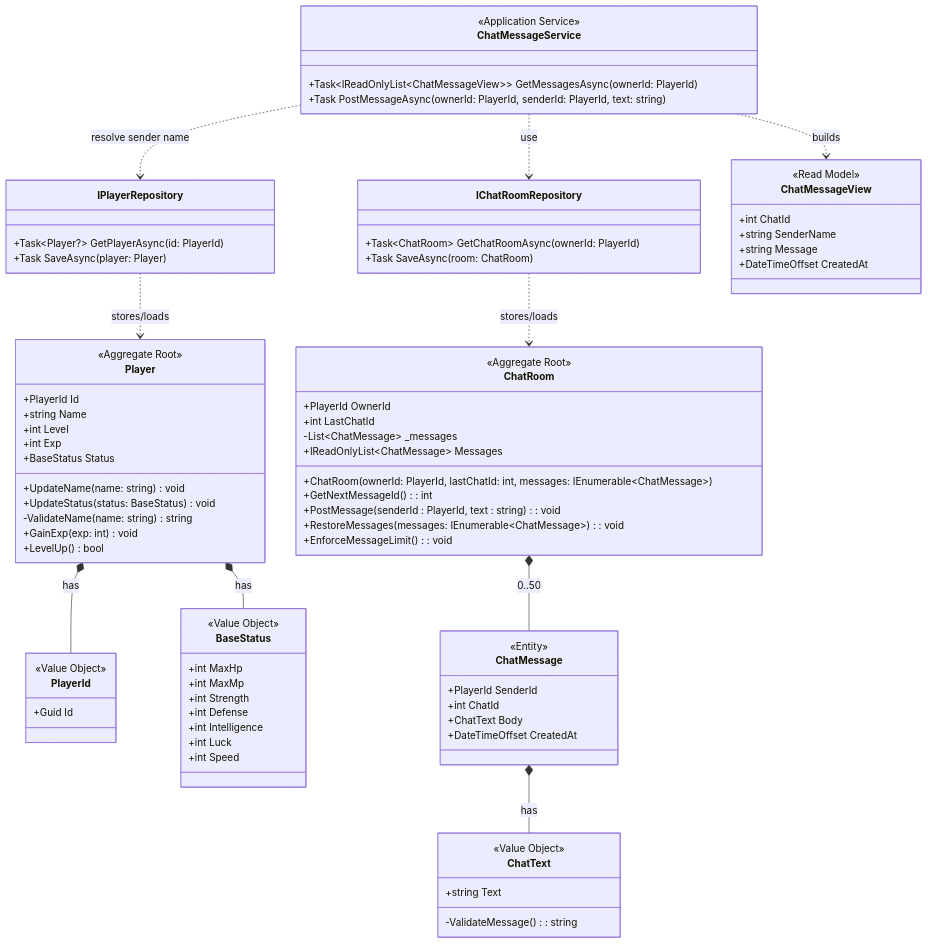
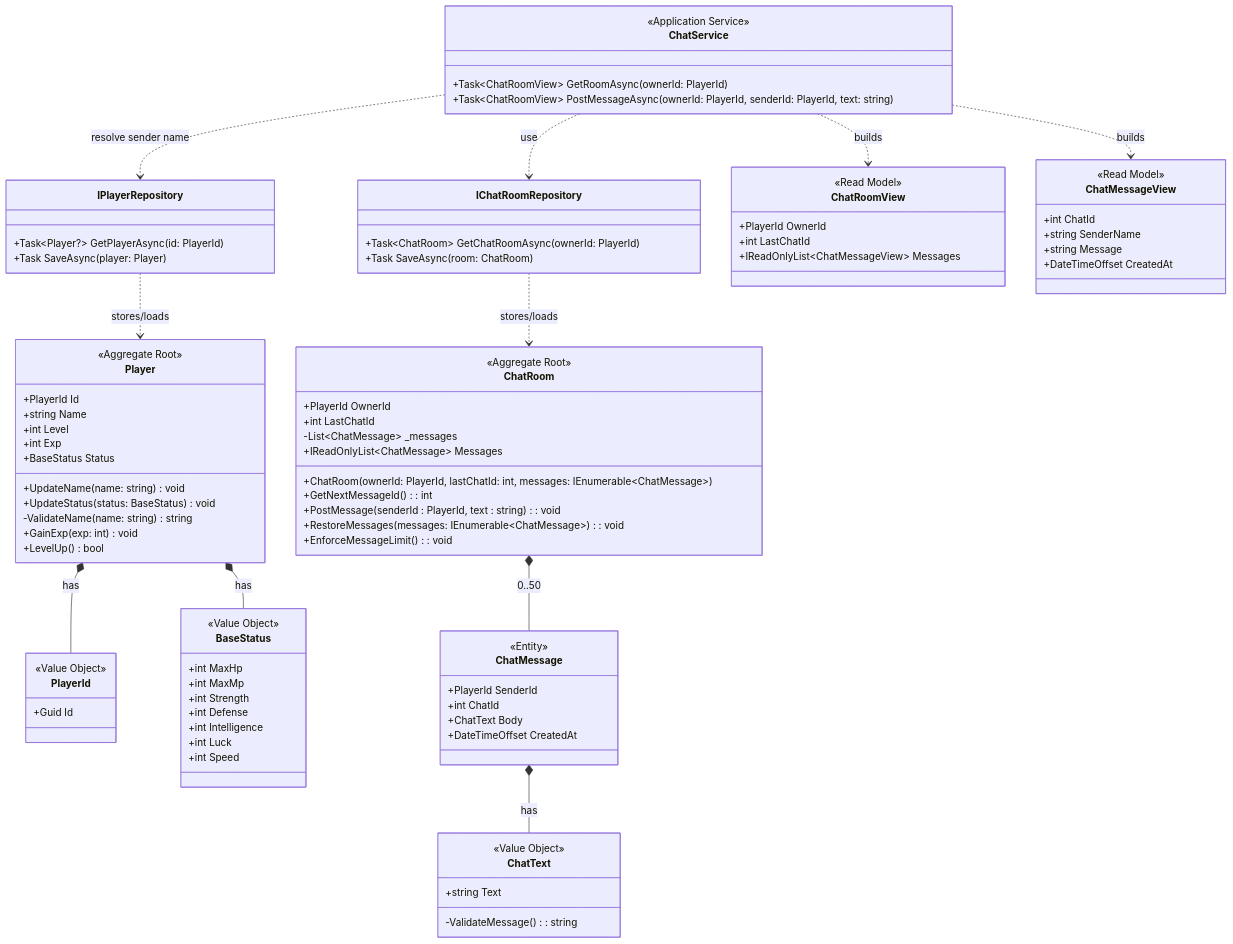
Before and after one commit to ayumu203/nisekue: the diagram in docs/01_ドメインモデル.mmd, drawn with Mermaid. The commit also changed 1 other file, not shown here.

```diff
--- a/docs/01_ドメインモデル.mmd
+++ b/docs/01_ドメインモデル.mmd
@@ -1,91 +1,103 @@
 classDiagram
     %% Player の基本情報
     class Player {
         <<Aggregate Root>>
         +PlayerId Id
         +string Name
         +int Level
         +int Exp
         +BaseStatus Status
         +UpdateName(name: string) void
         +UpdateStatus(status: BaseStatus) void
         -ValidateName(name: string) string 
         +GainExp(exp: int) void
         +LevelUp() bool
     }
 
     class PlayerId {
         <<Value Object>>
         +Guid Id
     }
 
     %% Player の基本ステータス
     class BaseStatus {
         <<Value Object>>
         +int MaxHp
         +int MaxMp
         +int Strength
         +int Defense
         +int Intelligence
         +int Luck
         +int Speed
     }
 
     class IPlayerRepository {
         +Task~Player?~ GetPlayerAsync(id: PlayerId)
         +Task SaveAsync(player: Player)
     }
     Player *-- PlayerId : has
     Player *-- BaseStatus : has
     IPlayerRepository ..> Player : stores/loads
 
     %% ルームチャット機能
     class ChatRoom {
         <<Aggregate Root>>
         +PlayerId OwnerId
         +int LastChatId
         -List~ChatMessage~ _messages
         +IReadOnlyList~ChatMessage~ Messages
         +ChatRoom(ownerId: PlayerId, lastChatId: int, messages: IEnumerable~ChatMessage~)
         +GetNextMessageId() : int
         +PostMessage(senderId : PlayerId, text : string) : void
         +RestoreMessages(messages: IEnumerable~ChatMessage~) : void
         +EnforceMessageLimit() : void
     }
     %% メッセージ管理の単位
     class ChatMessage {
         <<Entity>>
         +PlayerId SenderId
         +int ChatId
         +ChatText Body
         +DateTimeOffset CreatedAt
     }
     %% メッセージの文字列の値オブジェクト
     class ChatText {
         <<Value Object>>
         +string Text
         -ValidateMessage() : string
     }
 
+    %% チャットルームとDBのつなぎ込み
     class IChatRoomRepository {
         +Task~ChatRoom~ GetChatRoomAsync(ownerId: PlayerId)
         +Task SaveAsync(room: ChatRoom)
     }
+    %% フロントへ表示するチャットルームのデータ
+    class ChatRoomView {
+        <<Read Model>>
+        +PlayerId OwnerId
+        +int LastChatId
+        +IReadOnlyList~ChatMessageView~ Messages
+    }
+    %% フロントへ表示するチャットデータ
     class ChatMessageView {
         <<Read Model>>
         +int ChatId
         +string SenderName
         +string Message
         +DateTimeOffset CreatedAt
     }
-    class ChatMessageService {
+    %% フロントとデータのやり取りをするサービス
+    class ChatService {
         <<Application Service>>
-        +Task~IReadOnlyList~ChatMessageView~~ GetMessagesAsync(ownerId: PlayerId)
-        +Task PostMessageAsync(ownerId: PlayerId, senderId: PlayerId, text: string)
+        +Task~ChatRoomView~ GetRoomAsync(ownerId: PlayerId)
+        +Task~ChatRoomView~ PostMessageAsync(ownerId: PlayerId, senderId: PlayerId, text: string)
     }
+    
     ChatRoom *-- ChatMessage : 0..50
     ChatMessage *-- ChatText : has
     IChatRoomRepository ..> ChatRoom : stores/loads
-    ChatMessageService ..> IChatRoomRepository : use
-    ChatMessageService ..> IPlayerRepository : resolve sender name
-    ChatMessageService ..> ChatMessageView : builds
+    ChatService ..> IChatRoomRepository : use
+    ChatService ..> IPlayerRepository : resolve sender name
+    ChatService ..> ChatMessageView : builds
+    ChatService ..> ChatRoomView : builds
```
